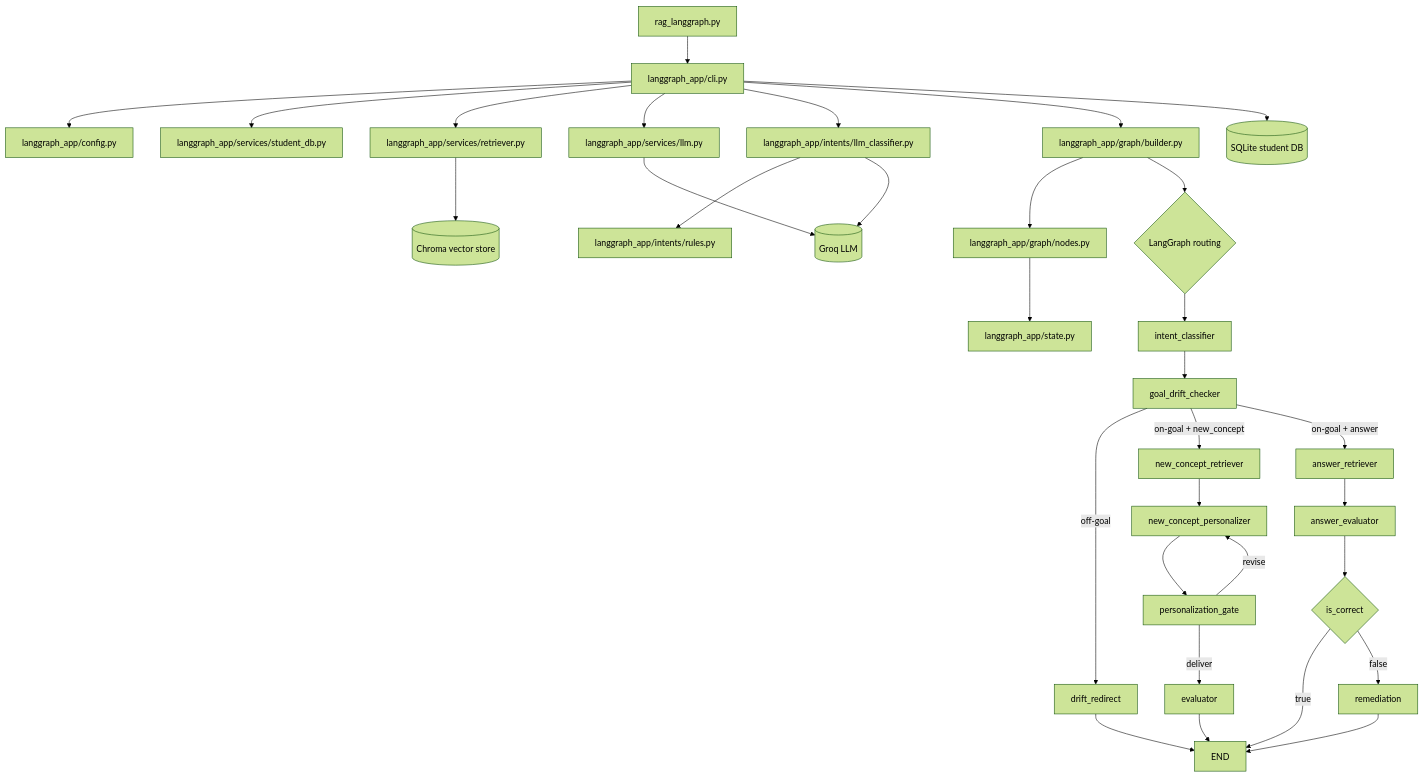
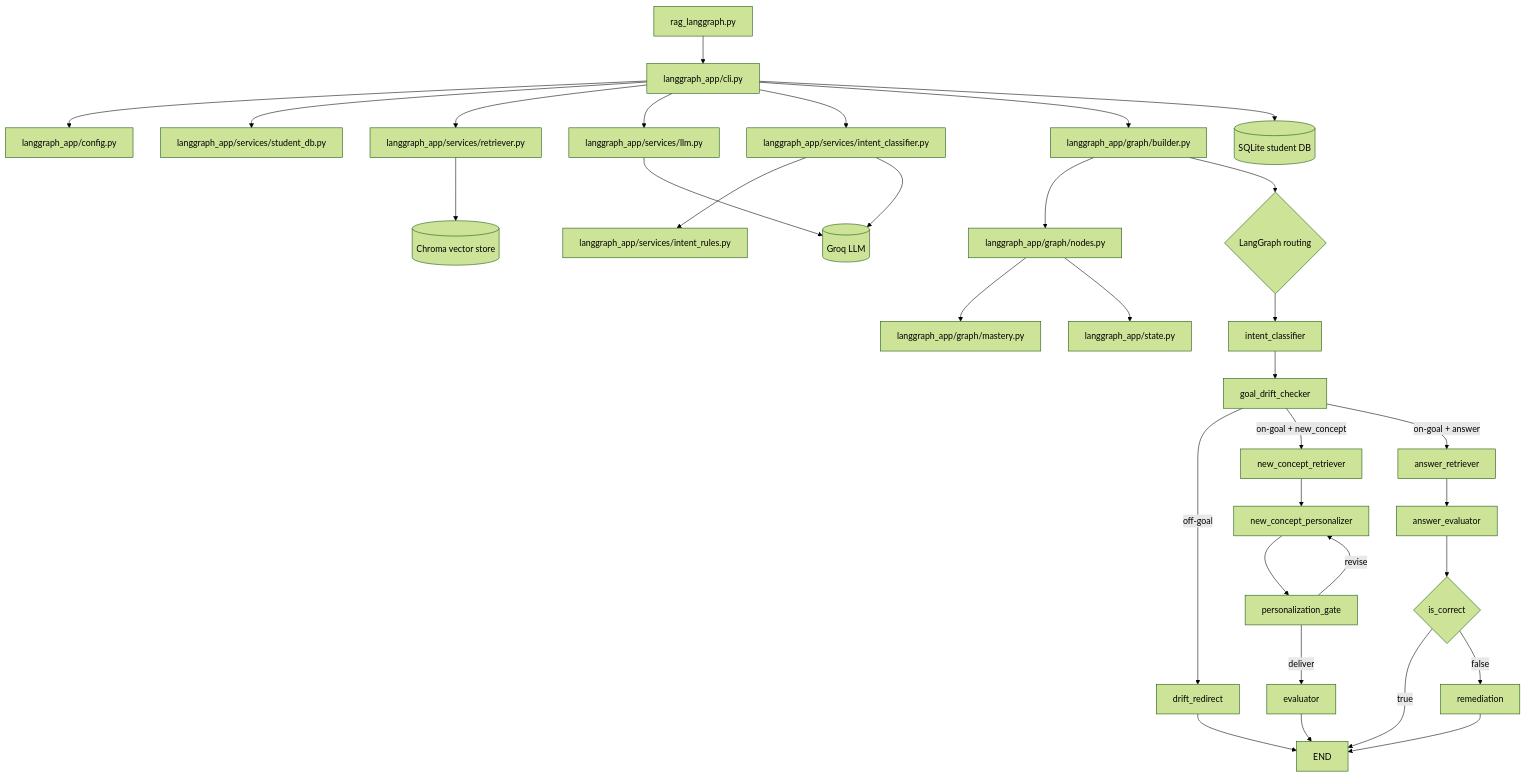
The first of 2 diagrams in FLOW.md (arxhr007/neurolearn), drawn with Mermaid (forest theme) before and after one commit. The commit also changed other lines of this file and 16 other files, not shown here.

Commit message:
Refactor intent classification by moving logic to services; update related documentation and CLI commands

````diff
--- a/FLOW.md
+++ b/FLOW.md
@@ -13,36 +13,37 @@
 ```mermaid
 flowchart TD
     A[rag_langgraph.py] --> B[langgraph_app/cli.py]
     B --> C[langgraph_app/config.py]
     B --> D[langgraph_app/services/student_db.py]
     B --> E[langgraph_app/services/retriever.py]
     B --> F[langgraph_app/services/llm.py]
-    B --> G[langgraph_app/intents/llm_classifier.py]
-    G --> H[langgraph_app/intents/rules.py]
+    B --> G[langgraph_app/services/intent_classifier.py]
+    G --> H[langgraph_app/services/intent_rules.py]
     B --> I[langgraph_app/graph/builder.py]
     I --> J[langgraph_app/graph/nodes.py]
+    J --> J2[langgraph_app/graph/mastery.py]
     J --> K[langgraph_app/state.py]
 
     B --> L[(SQLite student DB)]
     E --> M[(Chroma vector store)]
     F --> N[(Groq LLM)]
     G --> N
 
     I --> O{LangGraph routing}
     O --> P[intent_classifier]
     P --> Q[goal_drift_checker]
     Q -->|off-goal| R[drift_redirect]
     R --> X[END]
     Q -->|on-goal + new_concept| S[new_concept_retriever]
     S --> T[new_concept_personalizer]
     T --> U[personalization_gate]
     U -->|revise| T
     U -->|deliver| V[evaluator]
     V --> X
     Q -->|on-goal + answer| W[answer_retriever]
     W --> Y[answer_evaluator]
     Y --> Z{is_correct}
     Z -->|true| X
     Z -->|false| AA[remediation]
     AA --> X
 ```
````
